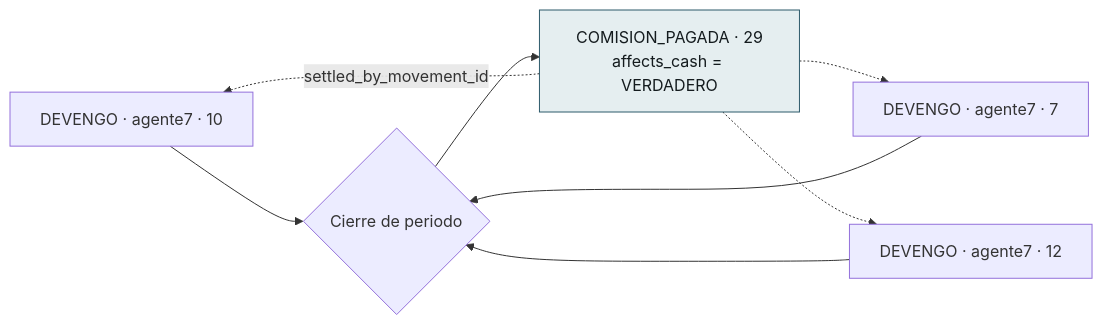
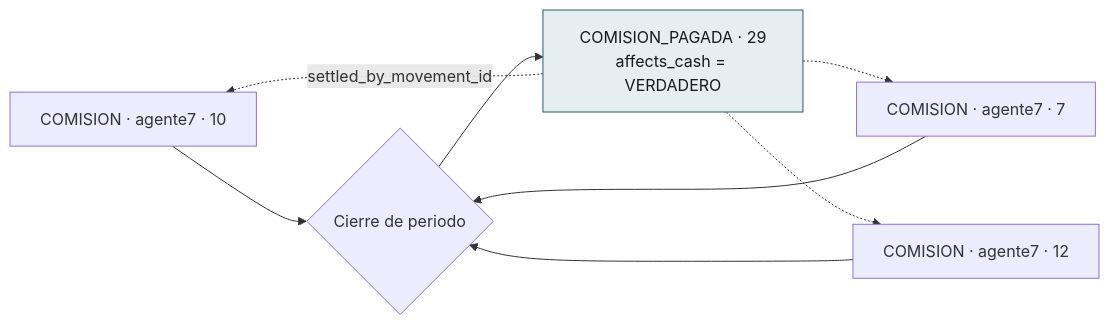
One commit to NexusPro-Dev/backend changed the sixth of 7 diagrams in docs/flujos/mv/flujos-del-modulo.md. Above: the diagram before and after it, drawn with Mermaid. The commit also changed other lines of this file and 1 other file, not shown here.

First line of the commit message:
docs(mv): la comision nace pendiente y se causa el primero de cada mes

````diff
--- a/docs/flujos/mv/flujos-del-modulo.md
+++ b/docs/flujos/mv/flujos-del-modulo.md
@@ -202,13 +240,13 @@
 ```mermaid
 flowchart LR
-    D1["DEVENGO · agente7 · 10"] --> L{"Cierre de periodo"}
-    D2["DEVENGO · agente7 · 7"] --> L
-    D3["DEVENGO · agente7 · 12"] --> L
+    D1["COMISION · agente7 · 10"] --> L{"Cierre de periodo"}
+    D2["COMISION · agente7 · 7"] --> L
+    D3["COMISION · agente7 · 12"] --> L
     L --> P["COMISION_PAGADA · 29<br/>affects_cash = VERDADERO"]
     P -.->|"settled_by_movement_id"| D1
     P -.->|" "| D2
     P -.->|" "| D3
 
     classDef ok fill:#E5EEF0,stroke:#2D5A6B,color:#141B1E
     class P ok
 ```
````
